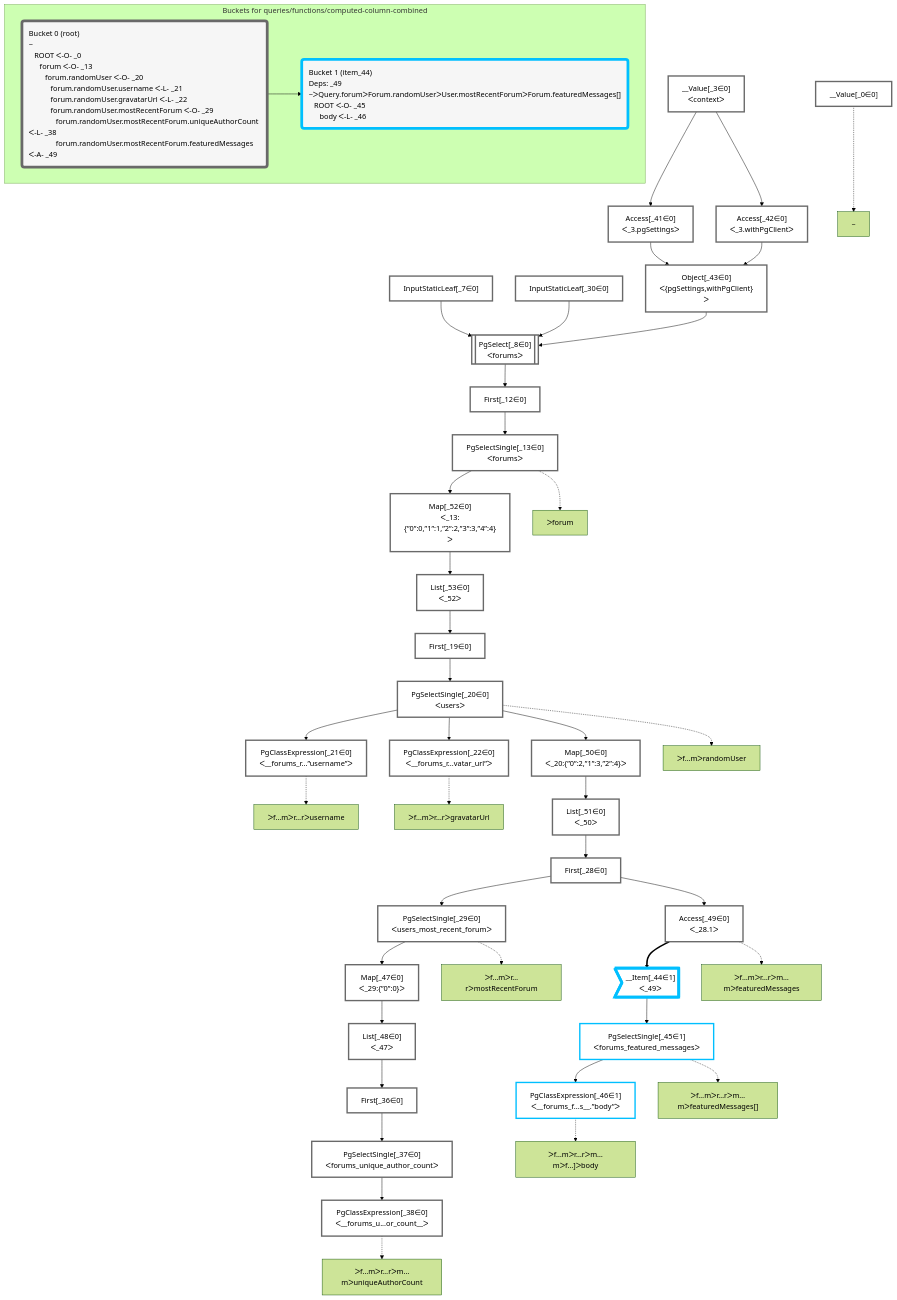
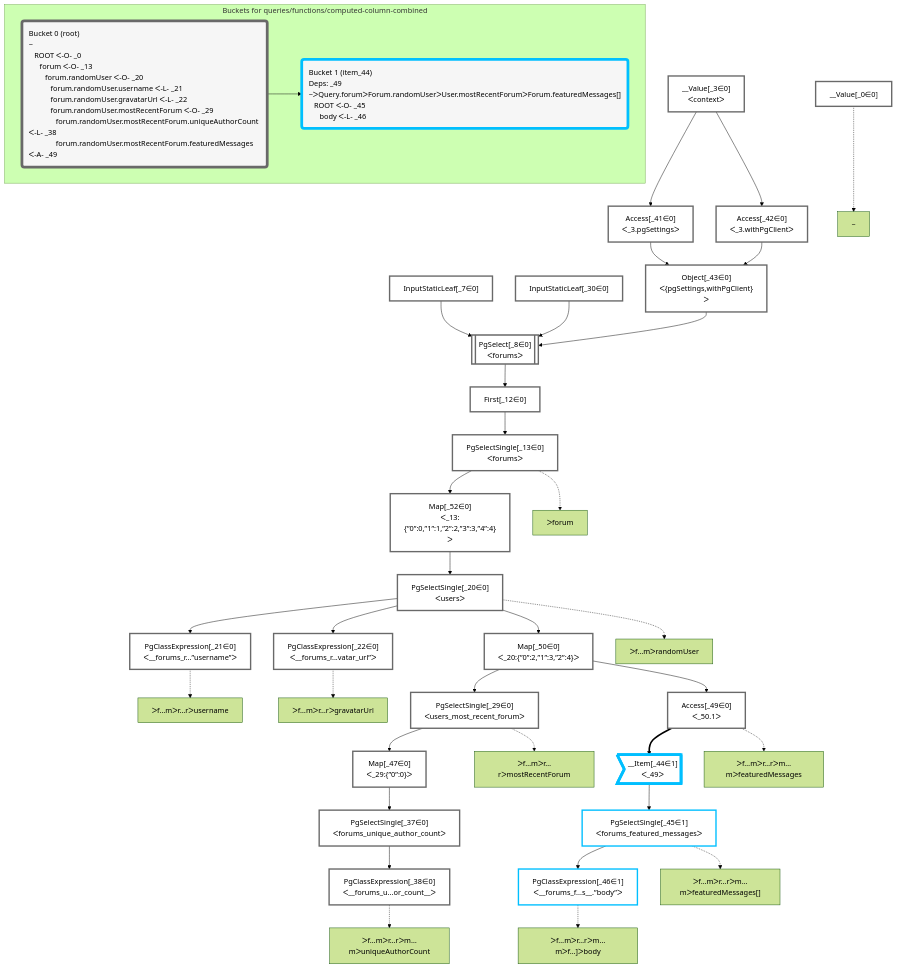
The diagram in packages/dataplan-pg/__tests__/queries/functions/computed-column-combined.mermaid.md (graphile/crystal), drawn with Mermaid (forest theme) before and after one commit. The commit also changed 67 other files, not shown here.

```diff
--- a/packages/dataplan-pg/__tests__/queries/functions/computed-column-combined.mermaid.md
+++ b/packages/dataplan-pg/__tests__/queries/functions/computed-column-combined.mermaid.md
@@ -14,14 +14,11 @@
     PgSelect_8[["PgSelect[_8∈0]<br />ᐸforumsᐳ"]]:::plan
     First_12["First[_12∈0]"]:::plan
     PgSelectSingle_13["PgSelectSingle[_13∈0]<br />ᐸforumsᐳ"]:::plan
-    First_19["First[_19∈0]"]:::plan
     PgSelectSingle_20["PgSelectSingle[_20∈0]<br />ᐸusersᐳ"]:::plan
     PgClassExpression_21["PgClassExpression[_21∈0]<br />ᐸ__forums_r...”username”ᐳ"]:::plan
     PgClassExpression_22["PgClassExpression[_22∈0]<br />ᐸ__forums_r...vatar_url”ᐳ"]:::plan
-    First_28["First[_28∈0]"]:::plan
     PgSelectSingle_29["PgSelectSingle[_29∈0]<br />ᐸusers_most_recent_forumᐳ"]:::plan
     InputStaticLeaf_30["InputStaticLeaf[_30∈0]"]:::plan
-    First_36["First[_36∈0]"]:::plan
     PgSelectSingle_37["PgSelectSingle[_37∈0]<br />ᐸforums_unique_author_countᐳ"]:::plan
     PgClassExpression_38["PgClassExpression[_38∈0]<br />ᐸ__forums_u...or_count__ᐳ"]:::plan
     Access_41["Access[_41∈0]<br />ᐸ_3.pgSettingsᐳ"]:::plan
@@ -31,12 +28,9 @@
     PgSelectSingle_45["PgSelectSingle[_45∈1]<br />ᐸforums_featured_messagesᐳ"]:::plan
     PgClassExpression_46["PgClassExpression[_46∈1]<br />ᐸ__forums_f...s__.”body”ᐳ"]:::plan
     Map_47["Map[_47∈0]<br />ᐸ_29:{”0”:0}ᐳ"]:::plan
-    List_48["List[_48∈0]<br />ᐸ_47ᐳ"]:::plan
-    Access_49["Access[_49∈0]<br />ᐸ_28.1ᐳ"]:::plan
+    Access_49["Access[_49∈0]<br />ᐸ_50.1ᐳ"]:::plan
     Map_50["Map[_50∈0]<br />ᐸ_20:{”0”:2,”1”:3,”2”:4}ᐳ"]:::plan
-    List_51["List[_51∈0]<br />ᐸ_50ᐳ"]:::plan
     Map_52["Map[_52∈0]<br />ᐸ_13:{”0”:0,”1”:1,”2”:2,”3”:3,”4”:4}ᐳ"]:::plan
-    List_53["List[_53∈0]<br />ᐸ_52ᐳ"]:::plan
 
     %% plan dependencies
     Object_43 --> PgSelect_8
@@ -44,14 +38,11 @@
     InputStaticLeaf_30 --> PgSelect_8
     PgSelect_8 --> First_12
     First_12 --> PgSelectSingle_13
-    List_53 --> First_19
-    First_19 --> PgSelectSingle_20
+    Map_52 --> PgSelectSingle_20
     PgSelectSingle_20 --> PgClassExpression_21
     PgSelectSingle_20 --> PgClassExpression_22
-    List_51 --> First_28
-    First_28 --> PgSelectSingle_29
-    List_48 --> First_36
-    First_36 --> PgSelectSingle_37
+    Map_50 --> PgSelectSingle_29
+    Map_47 --> PgSelectSingle_37
     PgSelectSingle_37 --> PgClassExpression_38
     __Value_3 --> Access_41
     __Value_3 --> Access_42
@@ -61,12 +52,9 @@
     __Item_44 --> PgSelectSingle_45
     PgSelectSingle_45 --> PgClassExpression_46
     PgSelectSingle_29 --> Map_47
-    Map_47 --> List_48
-    First_28 --> Access_49
+    Map_50 --> Access_49
     PgSelectSingle_20 --> Map_50
-    Map_50 --> List_51
     PgSelectSingle_13 --> Map_52
-    Map_52 --> List_53
 
     %% plan-to-path relationships
     P_0["~"]
@@ -92,7 +80,7 @@
 
     %% allocate buckets
     classDef bucket0 stroke:#696969
-    class __Value_0,__Value_3,InputStaticLeaf_7,PgSelect_8,First_12,PgSelectSingle_13,First_19,PgSelectSingle_20,PgClassExpression_21,PgClassExpression_22,First_28,PgSelectSingle_29,InputStaticLeaf_30,First_36,PgSelectSingle_37,PgClassExpression_38,Access_41,Access_42,Object_43,Map_47,List_48,Access_49,Map_50,List_51,Map_52,List_53 bucket0
+    class __Value_0,__Value_3,InputStaticLeaf_7,PgSelect_8,First_12,PgSelectSingle_13,PgSelectSingle_20,PgClassExpression_21,PgClassExpression_22,PgSelectSingle_29,InputStaticLeaf_30,PgSelectSingle_37,PgClassExpression_38,Access_41,Access_42,Object_43,Map_47,Access_49,Map_50,Map_52 bucket0
     classDef bucket1 stroke:#00bfff
     class __Item_44,PgSelectSingle_45,PgClassExpression_46 bucket1
 
```
